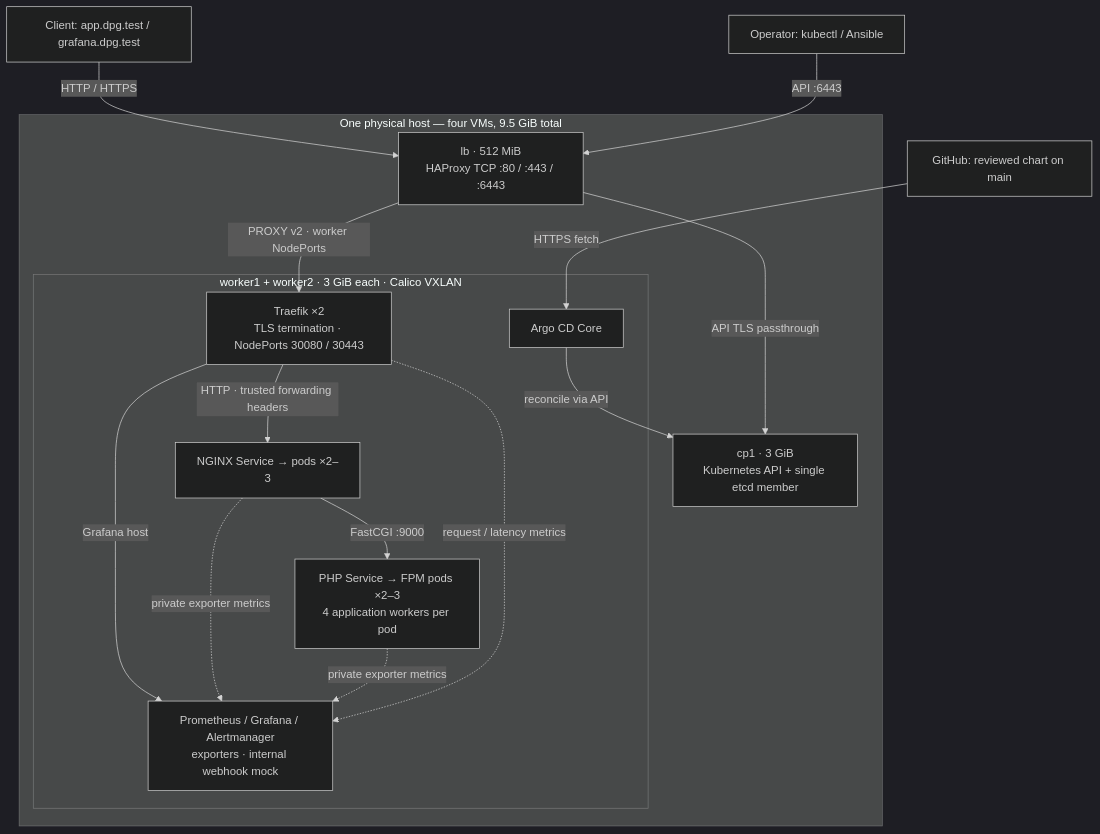
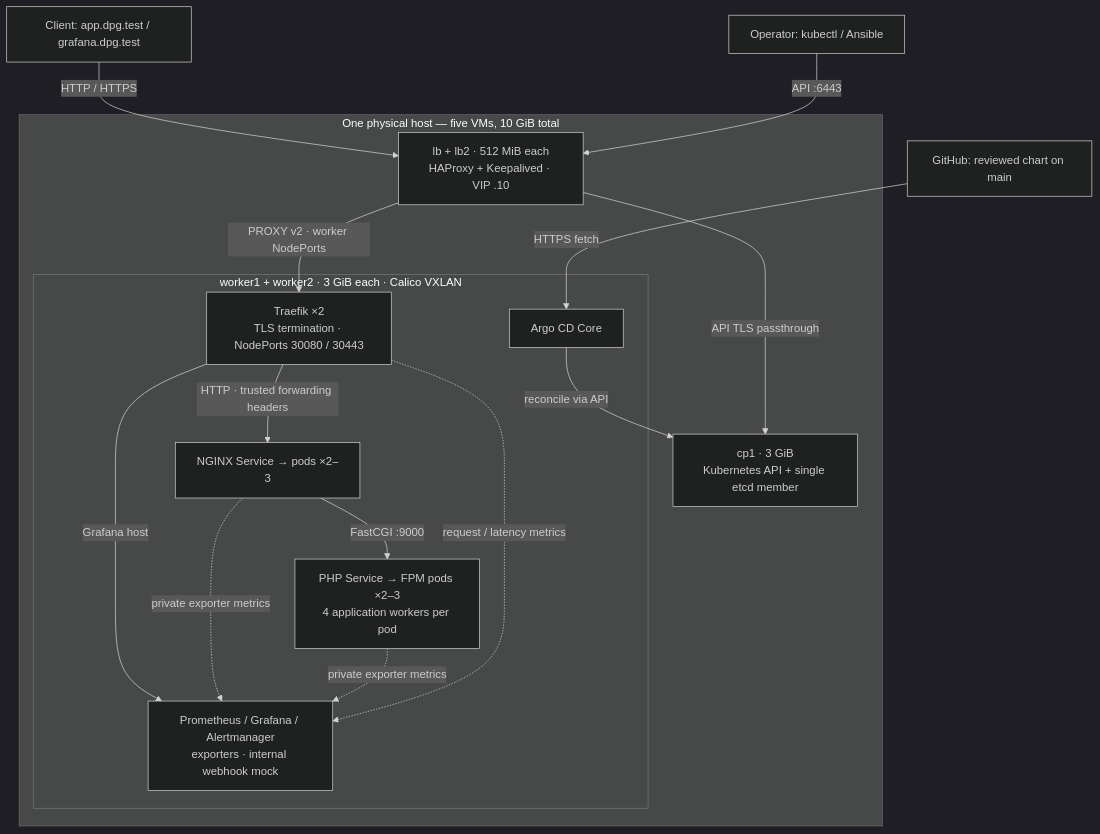
Before and after one commit to sajjadghf-max/dpg: the diagram in docs/architecture.md, drawn with Mermaid (dark theme). The commit also changed other lines of this file and 48 other files, not shown here.

````diff
--- a/docs/architecture.md
+++ b/docs/architecture.md
@@ -3,29 +3,29 @@
 ```mermaid
 flowchart TB
   User["Client: app.dpg.test / grafana.dpg.test"]
   Admin["Operator: kubectl / Ansible"]
   Git["GitHub: reviewed chart on main"]
-  subgraph Host["One physical host — four VMs, 9.5 GiB total"]
-    LB["lb · 512 MiB<br/>HAProxy TCP :80 / :443 / :6443"]
+  subgraph Host["One physical host — five VMs, 10 GiB total"]
+    LB["lb + lb2 · 512 MiB each<br/>HAProxy + Keepalived · VIP .10"]
     CP["cp1 · 3 GiB<br/>Kubernetes API + single etcd member"]
     subgraph Workers["worker1 + worker2 · 3 GiB each · Calico VXLAN"]
       Ingress["Traefik ×2<br/>TLS termination · NodePorts 30080 / 30443"]
       NG["NGINX Service → pods ×2–3"]
       PHP["PHP Service → FPM pods ×2–3<br/>4 application workers per pod"]
       Obs["Prometheus / Grafana / Alertmanager<br/>exporters · internal webhook mock"]
       Argo["Argo CD Core"]
     end
   end
   User -->|"HTTP / HTTPS"| LB
   Admin -->|"API :6443"| LB
   LB -->|"API TLS passthrough"| CP
   LB -->|"PROXY v2 · worker NodePorts"| Ingress
   Ingress -->|"HTTP · trusted forwarding headers"| NG
   NG -->|"FastCGI :9000"| PHP
   Ingress -->|"Grafana host"| Obs
   NG -.->|"private exporter metrics"| Obs
   PHP -.->|"private exporter metrics"| Obs
   Ingress -.->|"request / latency metrics"| Obs
   Git -->|"HTTPS fetch"| Argo
   Argo -->|"reconcile via API"| CP
 ```
````
